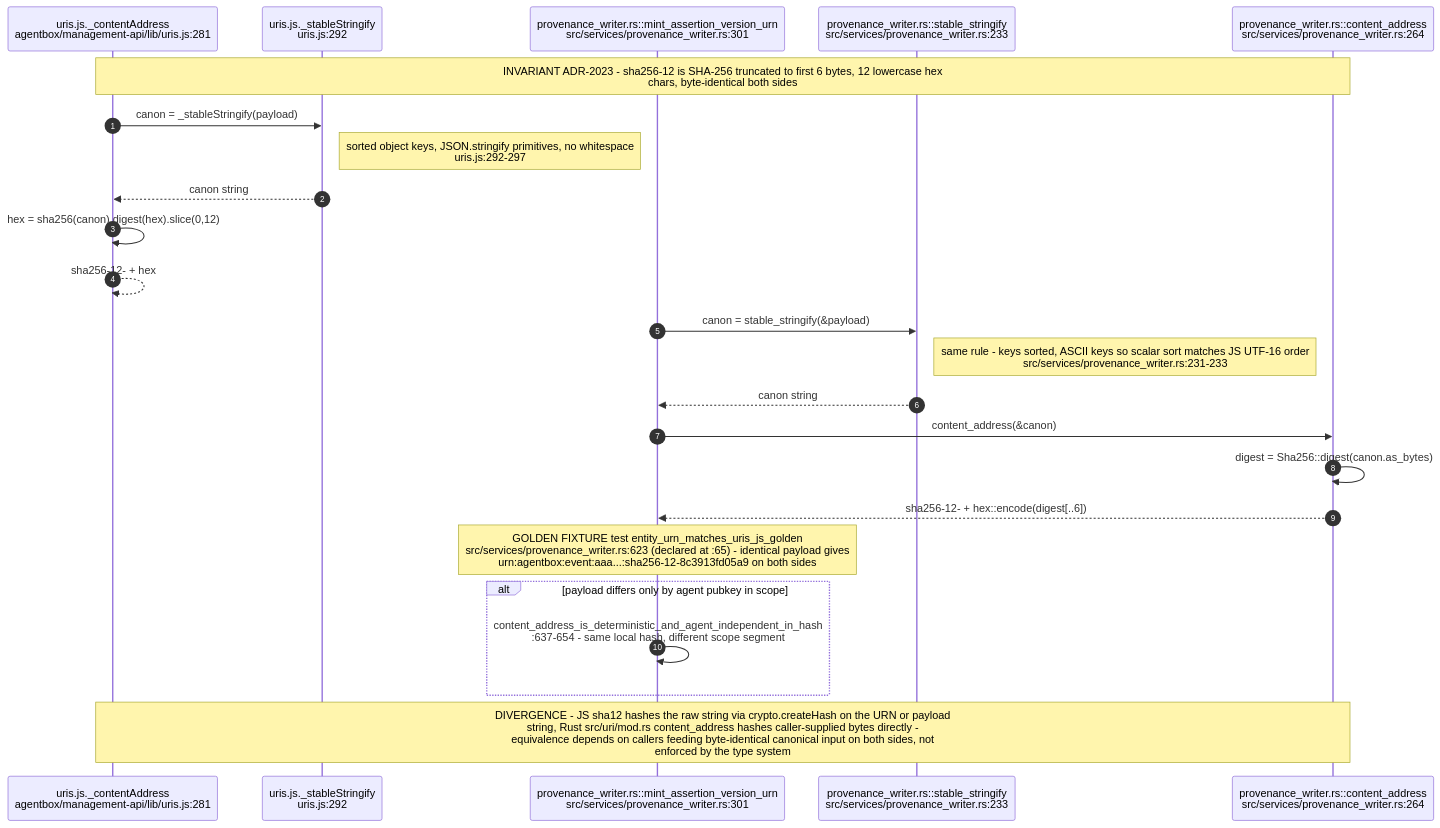
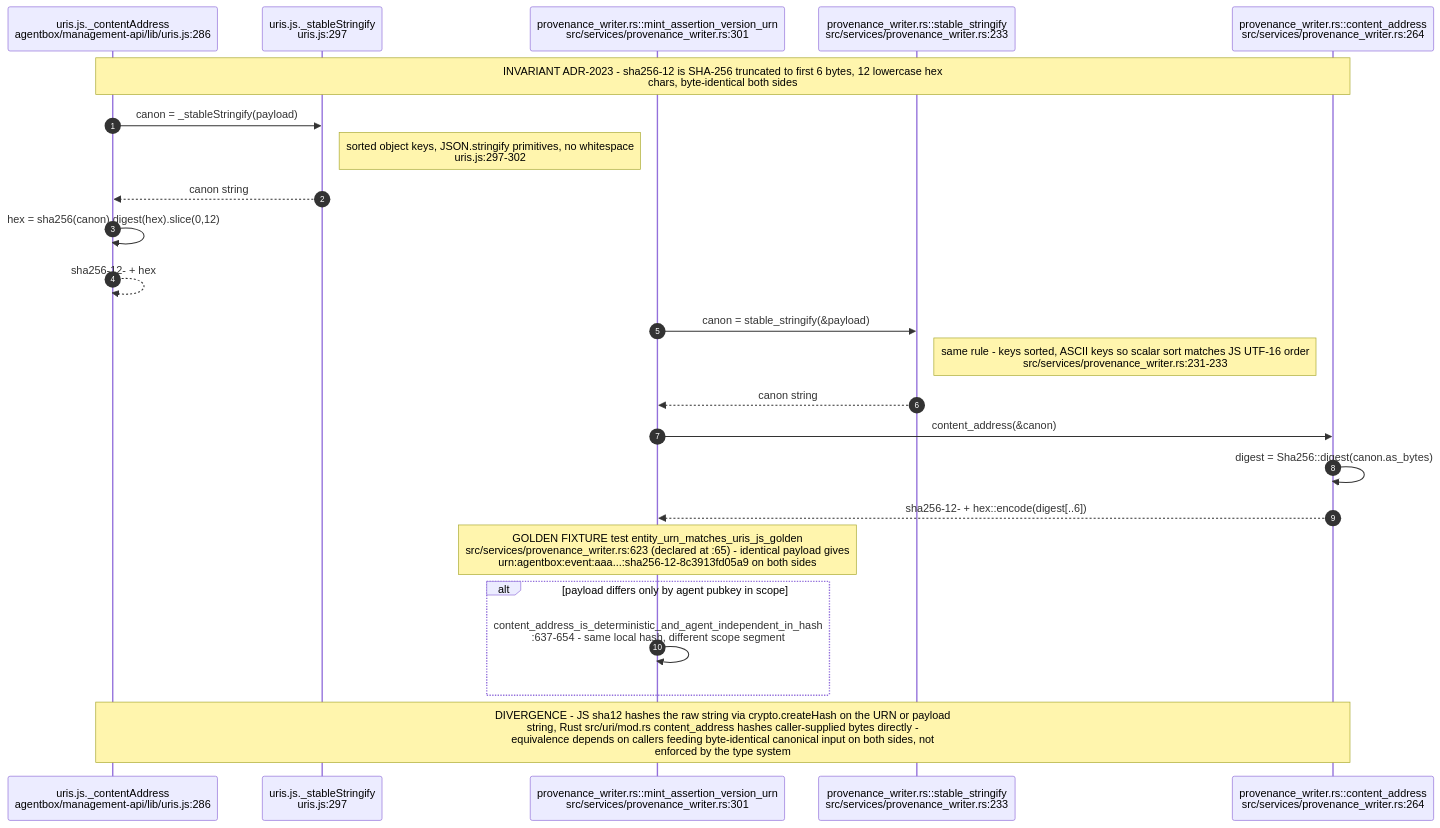
The sixth of 12 diagrams in docs/diagrams/estate/03-cross-repo-federation-contract.md (DreamLab-AI/VisionFlow), drawn with Mermaid before and after one commit. The commit also changed other lines of this file and 12 other files, not shown here.

````diff
--- a/docs/diagrams/estate/03-cross-repo-federation-contract.md
+++ b/docs/diagrams/estate/03-cross-repo-federation-contract.md
@@ -223,26 +233,26 @@
 ```mermaid
 sequenceDiagram
     autonumber
-    participant JSC as uris.js._contentAddress<br/>agentbox/management-api/lib/uris.js:281
-    participant JSS as uris.js._stableStringify<br/>uris.js:292
+    participant JSC as uris.js._contentAddress<br/>agentbox/management-api/lib/uris.js:286
+    participant JSS as uris.js._stableStringify<br/>uris.js:297
     participant RSW as provenance_writer.rs::mint_assertion_version_urn<br/>src/services/provenance_writer.rs:301
     participant RSS as provenance_writer.rs::stable_stringify<br/>src/services/provenance_writer.rs:233
     participant RSC as provenance_writer.rs::content_address<br/>src/services/provenance_writer.rs:264
     Note over JSC,RSC: INVARIANT ADR-2023 - sha256-12 is SHA-256 truncated to first 6 bytes, 12 lowercase hex<br/>chars, byte-identical both sides
     JSC->>JSS: canon = _stableStringify(payload)
-    Note right of JSS: sorted object keys, JSON.stringify primitives, no whitespace<br/>uris.js:292-297
+    Note right of JSS: sorted object keys, JSON.stringify primitives, no whitespace<br/>uris.js:297-302
     JSS-->>JSC: canon string
     JSC->>JSC: hex = sha256(canon).digest(hex).slice(0,12)
     JSC-->>JSC: sha256-12- + hex
     RSW->>RSS: canon = stable_stringify(&payload)
     Note right of RSS: same rule - keys sorted, ASCII keys so scalar sort matches JS UTF-16 order<br/>src/services/provenance_writer.rs:231-233
     RSS-->>RSW: canon string
     RSW->>RSC: content_address(&canon)
     RSC->>RSC: digest = Sha256::digest(canon.as_bytes)
     RSC-->>RSW: sha256-12- + hex::encode(digest[..6])
     Note over RSW: GOLDEN FIXTURE test entity_urn_matches_uris_js_golden<br/>src/services/provenance_writer.rs:623 (declared at :65) - identical payload gives<br/>urn:agentbox:event:aaa...:sha256-12-8c3913fd05a9 on both sides
     alt payload differs only by agent pubkey in scope
         RSW->>RSW: content_address_is_deterministic_and_agent_independent_in_hash<br/>:637-654 - same local hash, different scope segment
     end
     Note over JSC,RSC: DIVERGENCE - JS sha12 hashes the raw string via crypto.createHash on the URN or payload<br/>string, Rust src/uri/mod.rs content_address hashes caller-supplied bytes directly -<br/>equivalence depends on callers feeding byte-identical canonical input on both sides, not<br/>enforced by the type system
 ```
````
